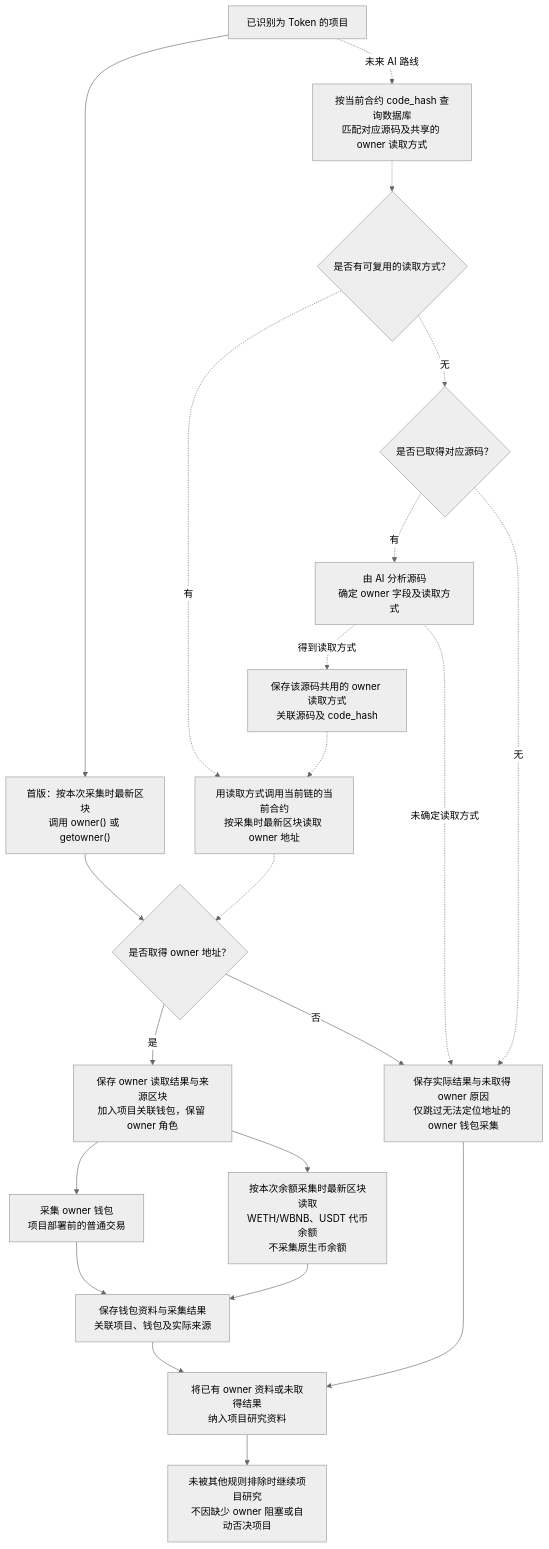
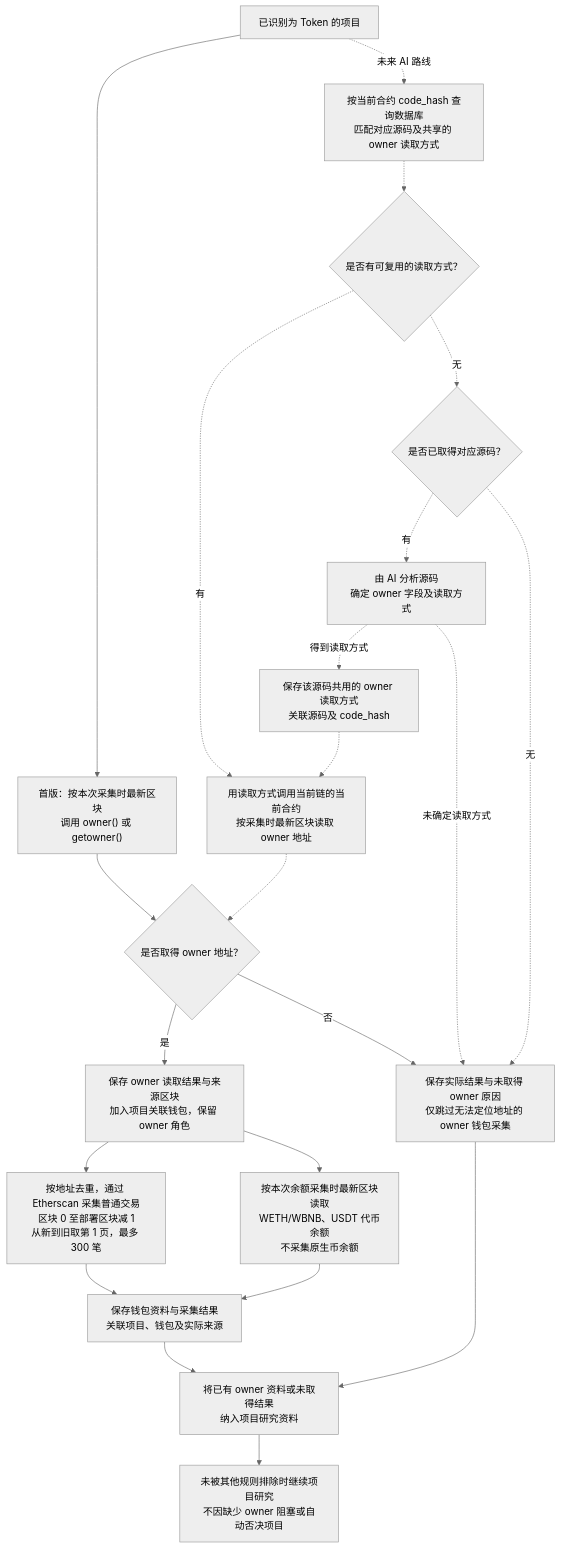
One commit to useryege/athena-o changed the diagram in docs/project/token-owner-wallet-flow.md. Above: the diagram before and after it, drawn with Mermaid (neutral theme). The commit also changed other lines of this file and 5 other files, not shown here.

````diff
--- a/docs/project/token-owner-wallet-flow.md
+++ b/docs/project/token-owner-wallet-flow.md
@@ -17,25 +17,25 @@
 ```mermaid
 flowchart TD
     project["已识别为 Token 的项目"] --> read["首版：按本次采集时最新区块<br/>调用 owner() 或 getowner()"]
     read --> result{"是否取得 owner 地址？"}
     result -->|"是"| related["保存 owner 读取结果与来源区块<br/>加入项目关联钱包，保留 owner 角色"]
-    related --> history["采集 owner 钱包<br/>项目部署前的普通交易"]
+    related --> history["按地址去重，通过 Etherscan 采集普通交易<br/>区块 0 至部署区块减 1<br/>从新到旧取第 1 页，最多 300 笔"]
     related --> assets["按本次余额采集时最新区块读取<br/>WETH/WBNB、USDT 代币余额<br/>不采集原生币余额"]
     history --> materials["保存钱包资料与采集结果<br/>关联项目、钱包及实际来源"]
     assets --> materials
     result -->|"否"| unavailable["保存实际结果与未取得 owner 原因<br/>仅跳过无法定位地址的 owner 钱包采集"]
     materials --> collected["将已有 owner 资料或未取得结果<br/>纳入项目研究资料"]
     unavailable --> collected
     collected --> research["未被其他规则排除时继续项目研究<br/>不因缺少 owner 阻塞或自动否决项目"]
 
     project -. 未来 AI 路线 .-> lookup["按当前合约 code_hash 查询数据库<br/>匹配对应源码及共享的 owner 读取方式"]
     lookup -.-> cached{"是否有可复用的读取方式？"}
     cached -. 有 .-> chainRead["用读取方式调用当前链的当前合约<br/>按采集时最新区块读取 owner 地址"]
     cached -. 无 .-> source{"是否已取得对应源码？"}
     source -. 有 .-> analyze["由 AI 分析源码<br/>确定 owner 字段及读取方式"]
     source -. 无 .-> unavailable
     analyze -. 得到读取方式 .-> saveMethod["保存该源码共用的 owner 读取方式<br/>关联源码及 code_hash"]
     saveMethod -.-> chainRead
     analyze -. 未确定读取方式 .-> unavailable
     chainRead -.-> result
 ```
````
